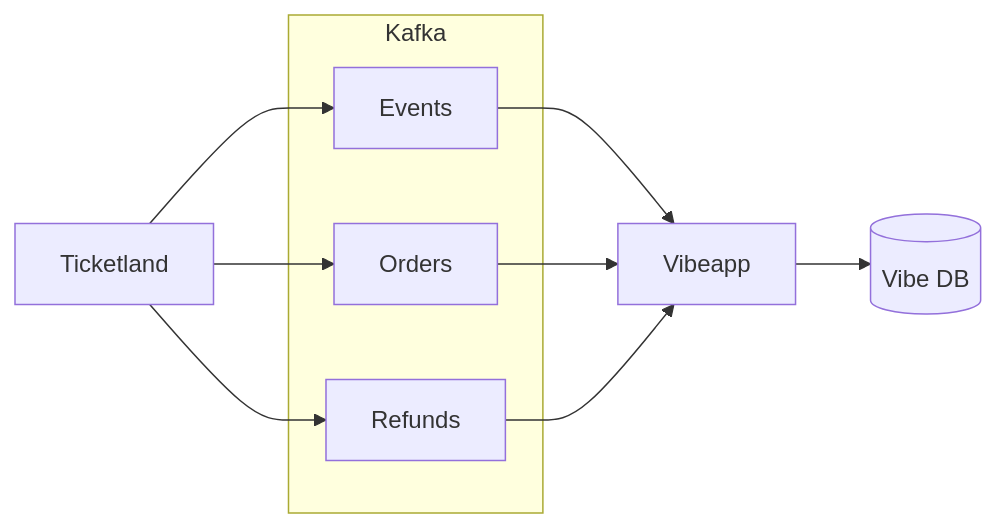
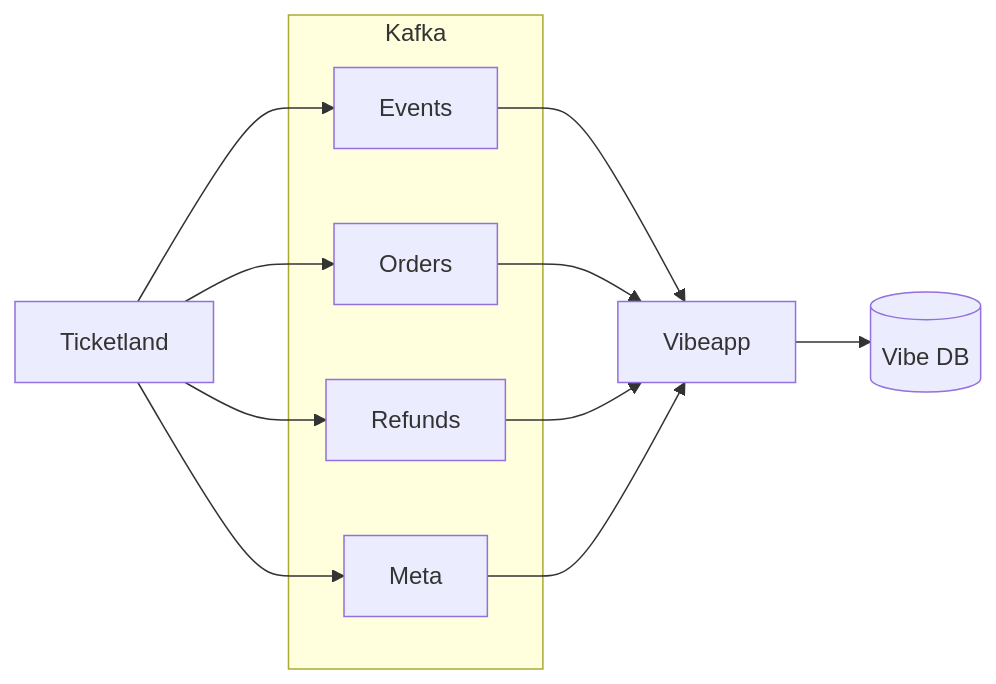
The diagram in README.md (ticketscloud/vibe-integration), drawn with Mermaid before and after one commit. The commit also changed other lines of this file and 1 other file, not shown here.

Commit message:
docs(readme): add Meta topic to Kafka schema and flowchart ☂️

````diff
--- a/README.md
+++ b/README.md
@@ -18,21 +18,24 @@
 ```mermaid
 flowchart LR
     TL[Ticketland]
     V[Vibeapp]
 
     subgraph Kafka
         E[Events]
         OR[Orders]
         R[Refunds]
+        M[Meta]
     end
 
     TL --> E
     TL --> OR
     TL --> R
+    TL --> M
 
     E --> V
     OR --> V
     R --> V
+    M --> V
 
     V --> DB[(Vibe DB)]
 ```
````
